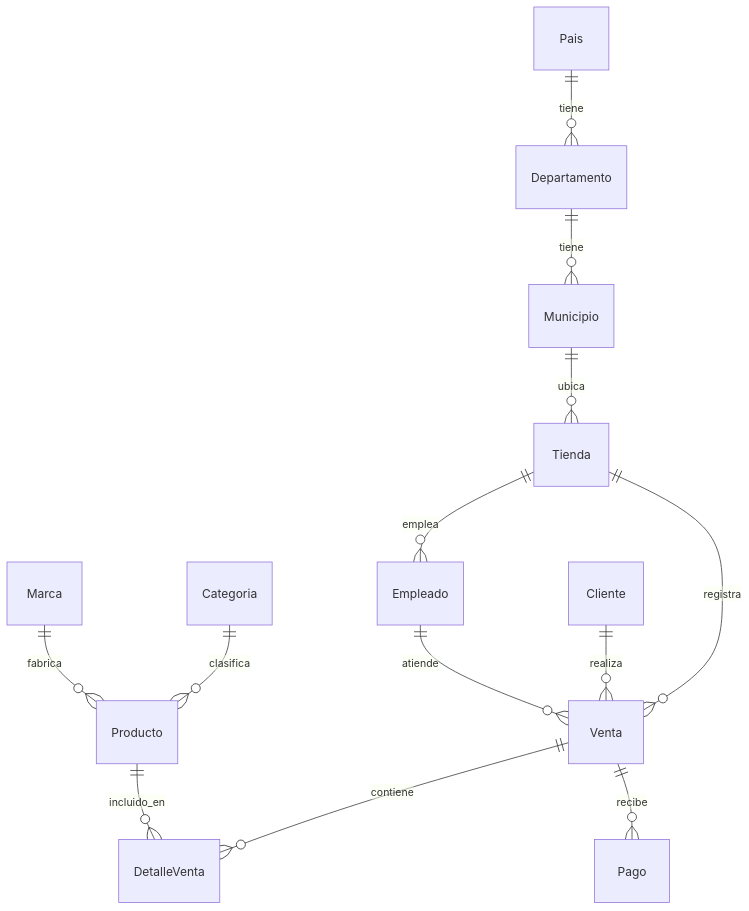
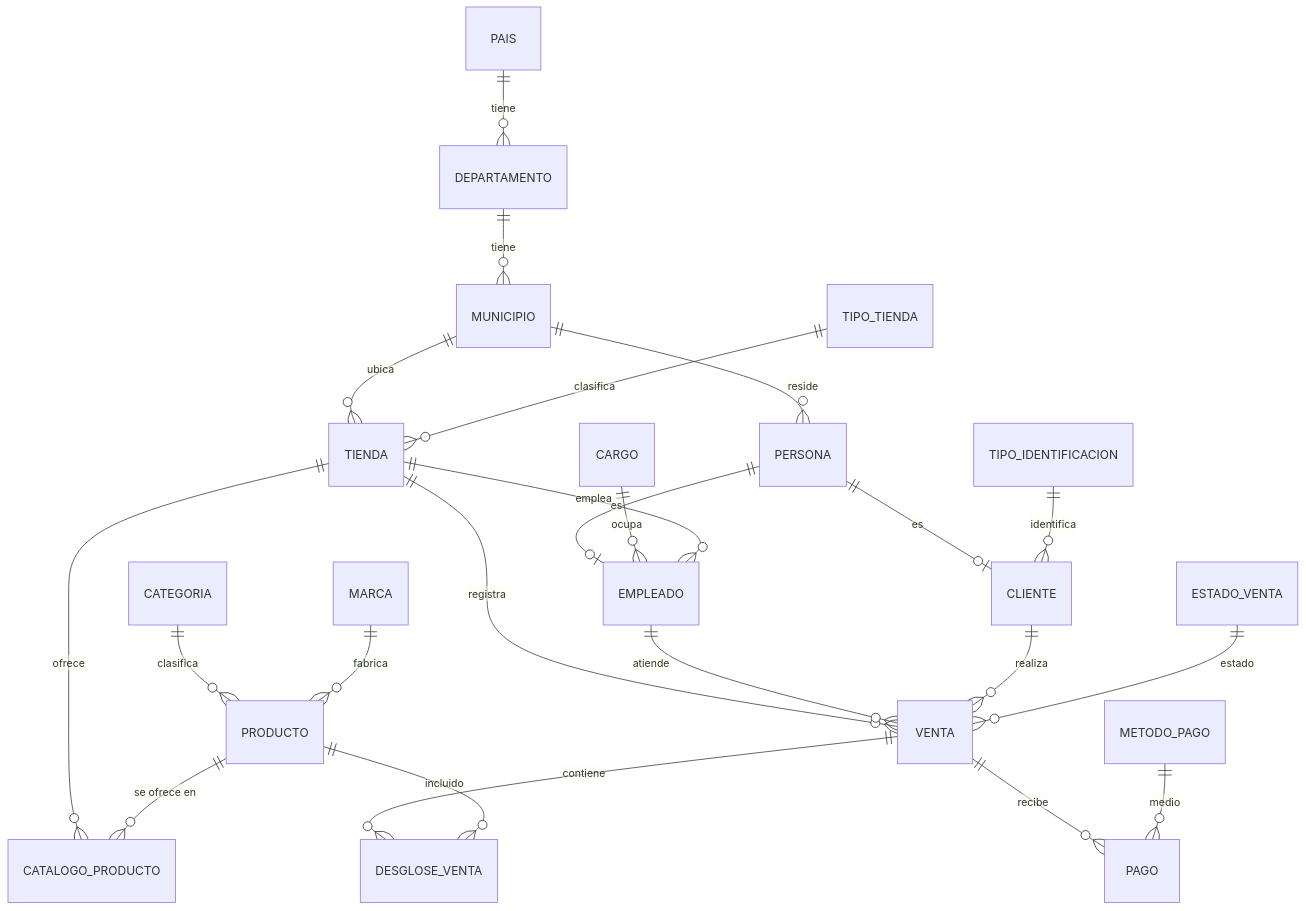
One commit to Vasquez005/SBD_B_F2_2S2026_202401451 changed the diagram in README.md. Above: the diagram before and after it, drawn with Mermaid. The commit also changed other lines of this file and 6 other files, not shown here.

````diff
--- a/README.md
+++ b/README.md
@@ -35,15 +39,25 @@
 ```mermaid
 erDiagram
-    Pais ||--o{ Departamento : tiene
-    Departamento ||--o{ Municipio : tiene
-    Municipio ||--o{ Tienda : ubica
-    Tienda ||--o{ Empleado : emplea
-    Tienda ||--o{ Venta : registra
-    Cliente ||--o{ Venta : realiza
-    Empleado ||--o{ Venta : atiende
-    Categoria ||--o{ Producto : clasifica
-    Marca ||--o{ Producto : fabrica
-    Venta ||--o{ DetalleVenta : contiene
-    Producto ||--o{ DetalleVenta : incluido_en
-    Venta ||--o{ Pago : recibe
+    PAIS ||--o{ DEPARTAMENTO : tiene
+    DEPARTAMENTO ||--o{ MUNICIPIO : tiene
+    MUNICIPIO ||--o{ TIENDA : ubica
+    MUNICIPIO ||--o{ PERSONA : reside
+    TIPO_TIENDA ||--o{ TIENDA : clasifica
+    PERSONA ||--o| EMPLEADO : es
+    PERSONA ||--o| CLIENTE : es
+    CARGO ||--o{ EMPLEADO : ocupa
+    TIENDA ||--o{ EMPLEADO : emplea
+    TIPO_IDENTIFICACION ||--o{ CLIENTE : identifica
+    CATEGORIA ||--o{ PRODUCTO : clasifica
+    MARCA ||--o{ PRODUCTO : fabrica
+    TIENDA ||--o{ CATALOGO_PRODUCTO : ofrece
+    PRODUCTO ||--o{ CATALOGO_PRODUCTO : "se ofrece en"
+    TIENDA ||--o{ VENTA : registra
+    EMPLEADO ||--o{ VENTA : atiende
+    CLIENTE ||--o{ VENTA : realiza
+    ESTADO_VENTA ||--o{ VENTA : estado
+    VENTA ||--o{ DESGLOSE_VENTA : contiene
+    PRODUCTO ||--o{ DESGLOSE_VENTA : incluido
+    VENTA ||--o{ PAGO : recibe
+    METODO_PAGO ||--o{ PAGO : medio
 ```
````
